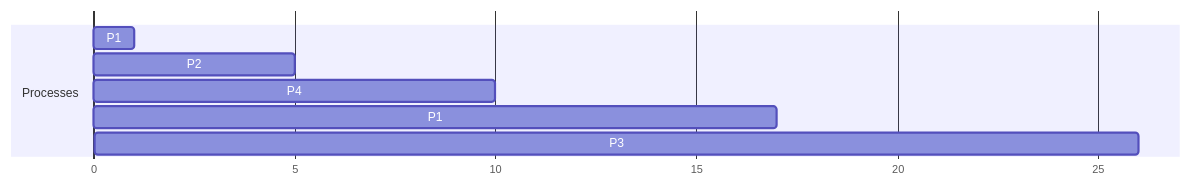
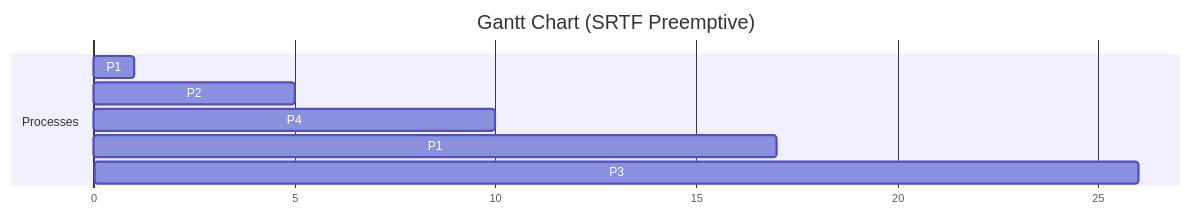
Before and after one commit to ANAZUMROTU/SisOp-2025: the third of 3 diagrams in Schedulling2/Scheduling2.md, drawn with Mermaid. The commit also changed other lines of this file, not shown here.

````diff
--- a/Schedulling2/Scheduling2.md
+++ b/Schedulling2/Scheduling2.md
@@ -65,11 +67,12 @@
 ```mermaid
 gantt
+    title Gantt Chart (SRTF Preemptive)
     dateFormat  X
     axisFormat %s
     section Processes
     P1:0,1
     P2:1,5
     P4:5,10
     P1:10,17
     P3:17,26
 ```
````
